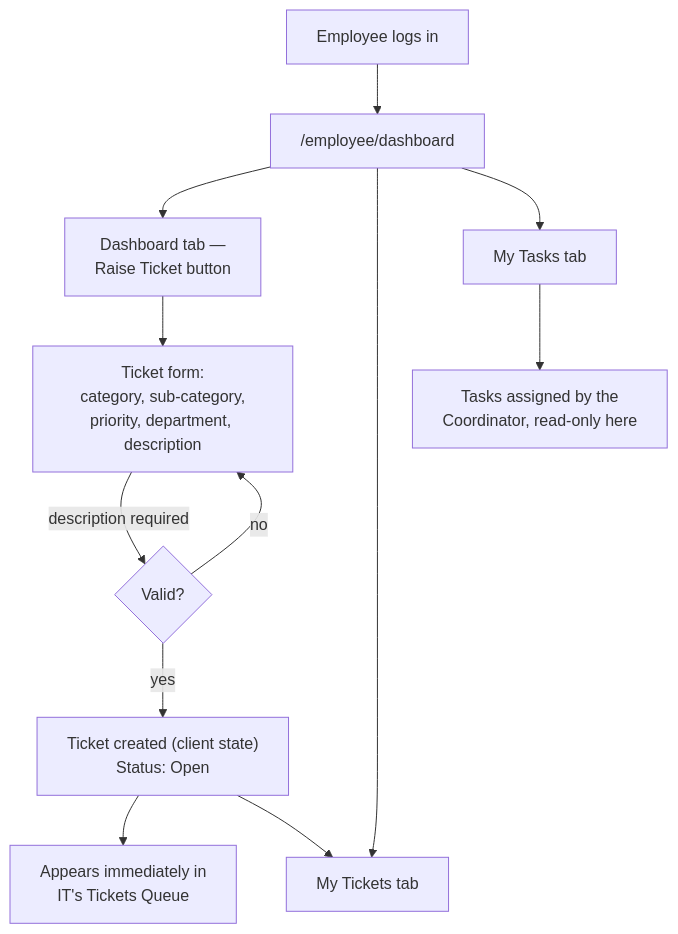
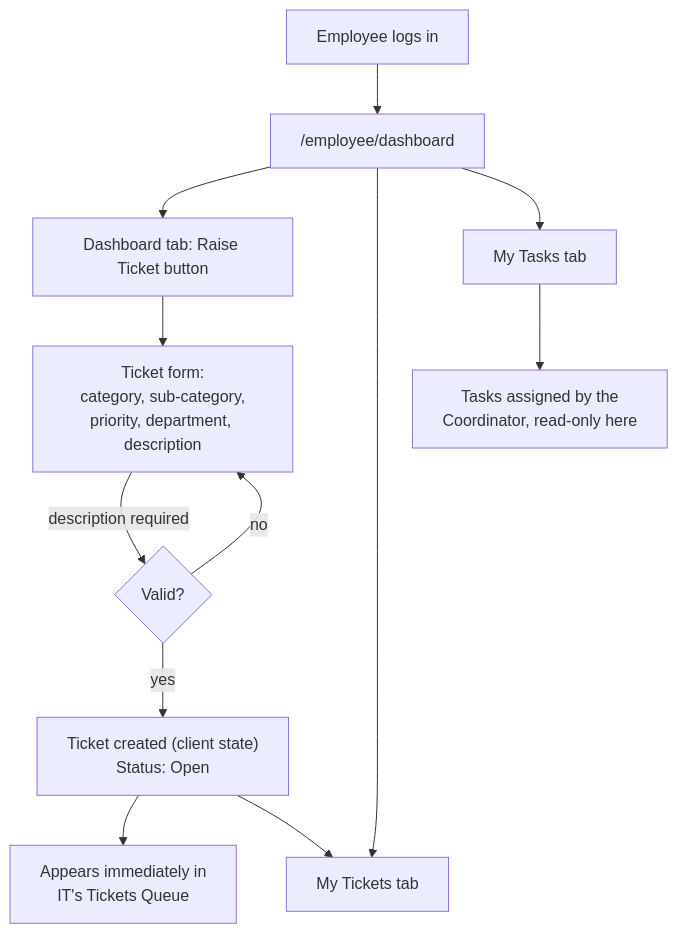
The third of 8 diagrams in docs/USER_FLOW.md (Fute-Services/Project-Ticket), drawn with Mermaid before and after one commit. The commit also changed other lines of this file and 40 other files, not shown here.

````diff
--- a/docs/USER_FLOW.md
+++ b/docs/USER_FLOW.md
@@ -54,16 +56,16 @@
 ```mermaid
 flowchart TD
     L["Employee logs in"] --> D["/employee/dashboard"]
-    D --> T1["Dashboard tab —\nRaise Ticket button"]
+    D --> T1["Dashboard tab: Raise Ticket button"]
     D --> T2["My Tickets tab"]
     D --> T3["My Tasks tab"]
 
     T1 --> FORM["Ticket form:\ncategory, sub-category,\npriority, department, description"]
     FORM -->|"description required"| VALID{Valid?}
     VALID -->|no| FORM
     VALID -->|yes| CREATE["Ticket created (client state)\nStatus: Open"]
     CREATE --> QUEUE["Appears immediately in\nIT's Tickets Queue"]
     CREATE --> T2
 
     T3 --> TASKS["Tasks assigned by the\nCoordinator, read-only here"]
 ```
````
